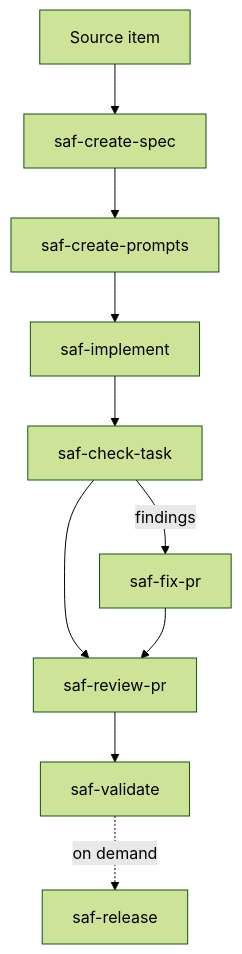
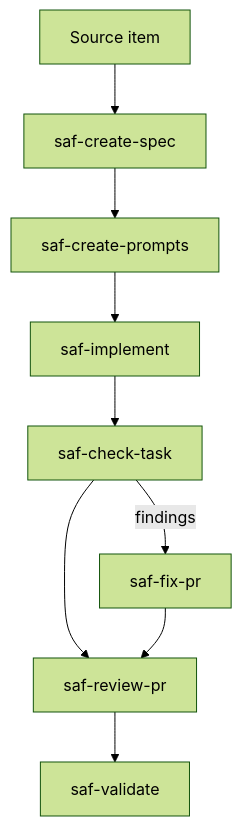
The second of 3 diagrams in docs/sdd-skills-usage-guide.md (gmartins-dev/sdd-agentic-flow), drawn with Mermaid (forest theme) before and after one commit. The commit also changed other lines of this file and 61 other files, not shown here.

````diff
--- a/docs/sdd-skills-usage-guide.md
+++ b/docs/sdd-skills-usage-guide.md
@@ -62,12 +62,11 @@
 ```mermaid
 flowchart TD
   Source[Source item] --> Specs[saf-create-spec]
   Specs --> Prompts[saf-create-prompts]
   Prompts --> Implement[saf-implement]
   Implement --> Check[saf-check-task]
   Check --> Review[saf-review-pr]
   Review --> Validation[saf-validate]
-  Validation -.->|on demand| Release[saf-release]
   Check -->|findings| Fix[saf-fix-pr]
   Fix --> Review
 ```
````
